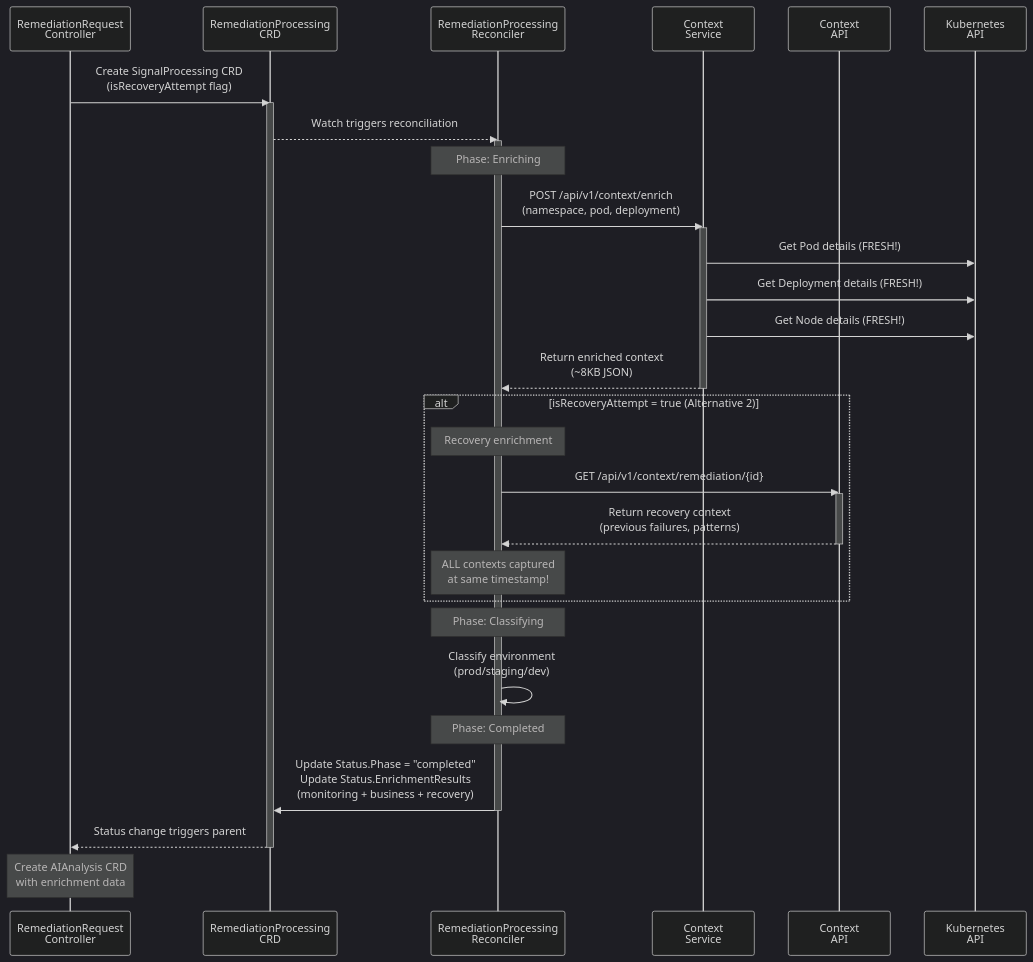
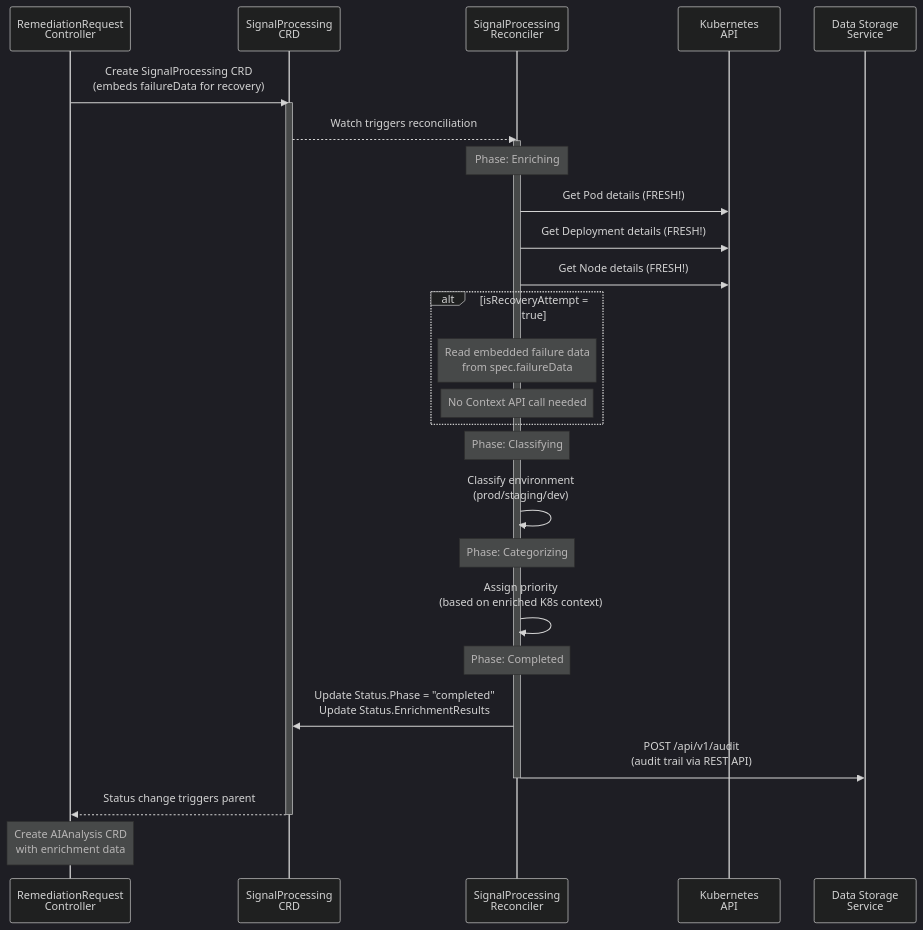
The second of 3 diagrams in docs/services/crd-controllers/01-signalprocessing/overview.md (jordigilh/kubernaut), drawn with Mermaid (dark theme) before and after one commit. The commit also changed other lines of this file and 31 other files, not shown here.

First line of the commit message:
feat(signalprocessing): Rename RemediationProcessing CRD to SignalProcessing

````diff
--- a/docs/services/crd-controllers/01-signalprocessing/overview.md
+++ b/docs/services/crd-controllers/01-signalprocessing/overview.md
@@ -181,43 +219,38 @@
 ```mermaid
 sequenceDiagram
     participant AR as RemediationRequest<br/>Controller
-    participant AP as RemediationProcessing<br/>CRD
-    participant Ctrl as RemediationProcessing<br/>Reconciler
-    participant CS as Context<br/>Service
-    participant CTXAPI as Context<br/>API
+    participant SP as SignalProcessing<br/>CRD
+    participant Ctrl as SignalProcessing<br/>Reconciler
     participant K8S as Kubernetes<br/>API
+    participant DS as Data Storage<br/>Service
 
-    AR->>AP: Create SignalProcessing CRD<br/>(isRecoveryAttempt flag)
-    activate AP
-    AP-->>Ctrl: Watch triggers reconciliation
+    AR->>SP: Create SignalProcessing CRD<br/>(embeds failureData for recovery)
+    activate SP
+    SP-->>Ctrl: Watch triggers reconciliation
     activate Ctrl
 
     Note over Ctrl: Phase: Enriching
-    Ctrl->>CS: POST /api/v1/context/enrich<br/>(namespace, pod, deployment)
-    activate CS
-    CS->>K8S: Get Pod details (FRESH!)
-    CS->>K8S: Get Deployment details (FRESH!)
-    CS->>K8S: Get Node details (FRESH!)
-    CS-->>Ctrl: Return enriched context<br/>(~8KB JSON)
-    deactivate CS
+    Ctrl->>K8S: Get Pod details (FRESH!)
+    Ctrl->>K8S: Get Deployment details (FRESH!)
+    Ctrl->>K8S: Get Node details (FRESH!)
 
-    alt isRecoveryAttempt = true (Alternative 2)
-        Note over Ctrl: Recovery enrichment
-        Ctrl->>CTXAPI: GET /api/v1/context/remediation/{id}
-        activate CTXAPI
-        CTXAPI-->>Ctrl: Return recovery context<br/>(previous failures, patterns)
-        deactivate CTXAPI
-        Note over Ctrl: ALL contexts captured<br/>at same timestamp!
+    alt isRecoveryAttempt = true
+        Note over Ctrl: Read embedded failure data<br/>from spec.failureData
+        Note over Ctrl: No Context API call needed
     end
 
     Note over Ctrl: Phase: Classifying
     Ctrl->>Ctrl: Classify environment<br/>(prod/staging/dev)
 
+    Note over Ctrl: Phase: Categorizing
+    Ctrl->>Ctrl: Assign priority<br/>(based on enriched K8s context)
+
     Note over Ctrl: Phase: Completed
-    Ctrl->>AP: Update Status.Phase = "completed"<br/>Update Status.EnrichmentResults<br/>(monitoring + business + recovery)
+    Ctrl->>SP: Update Status.Phase = "completed"<br/>Update Status.EnrichmentResults
+    Ctrl->>DS: POST /api/v1/audit<br/>(audit trail via REST API)
     deactivate Ctrl
-    AP-->>AR: Status change triggers parent
-    deactivate AP
+    SP-->>AR: Status change triggers parent
+    deactivate SP
 
     Note over AR: Create AIAnalysis CRD<br/>with enrichment data
 ```
````
